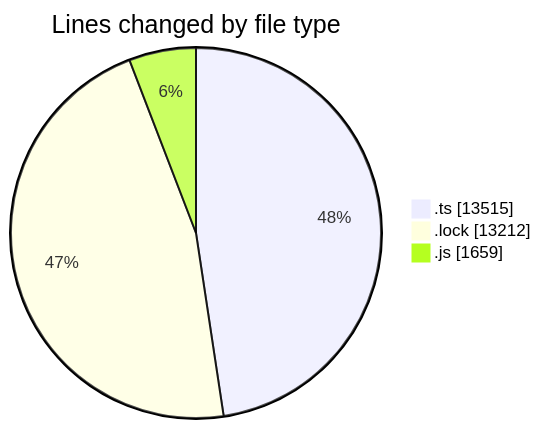
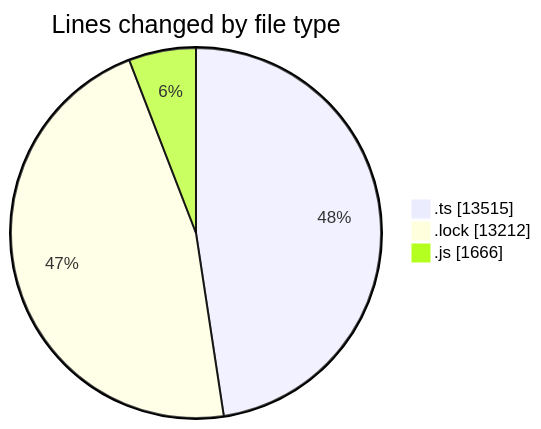
Before and after one commit to momahboobian/code-tracking: the first of 2 diagrams in 2025-05-16/cda/README.md, drawn with Mermaid. The commit also changed other lines of this file and 1 other file, not shown here.

````diff
--- a/2025-05-16/cda/README.md
+++ b/2025-05-16/cda/README.md
@@ -29,7 +29,7 @@
 ```mermaid
 pie showData
 title Lines changed by file type
 ".ts" : 13515
 ".lock" : 13212
-".js" : 1659
+".js" : 1666
 ```
````
